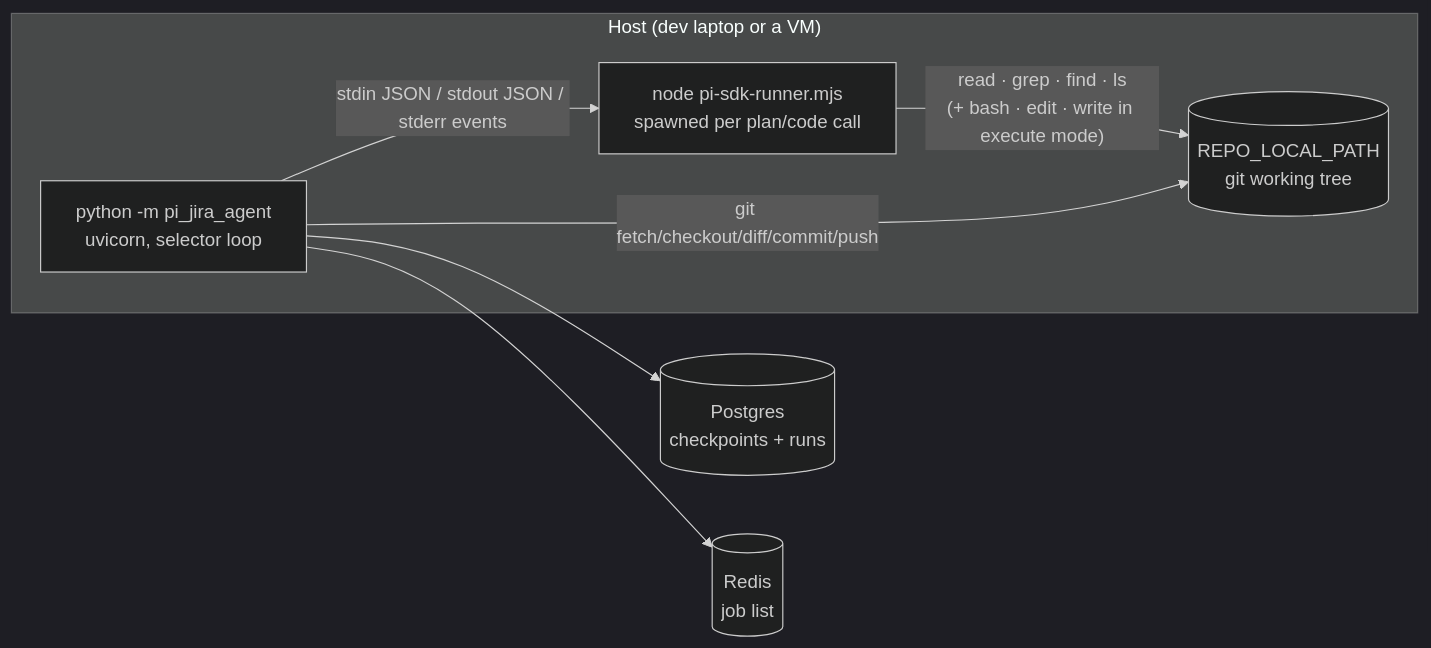
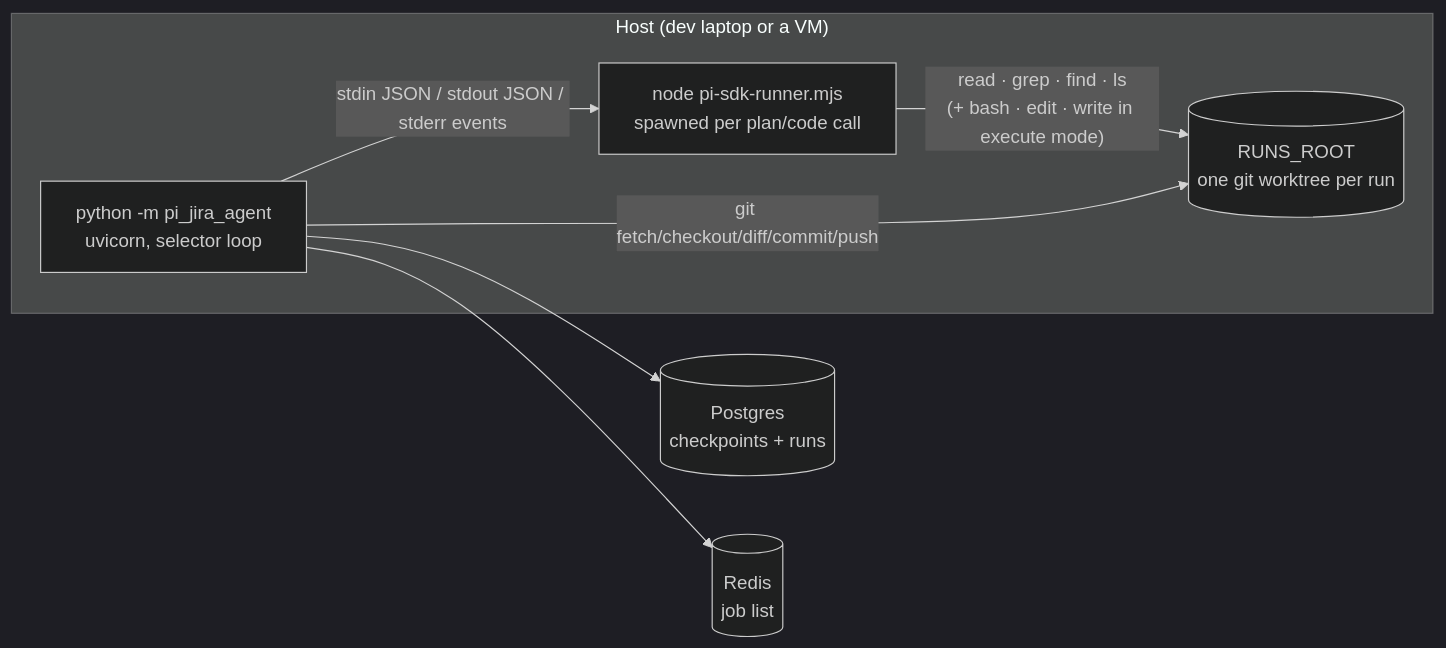
One commit to ashish-technia/pi-coding-agent changed the third of 8 diagrams in docs/docs/architecture/technical-design.md. Above: the diagram before and after it, drawn with Mermaid (dark theme). The commit also changed other lines of this file and 36 other files, not shown here.

First line of the commit message:
R-53: Give each run its own git worktree

````diff
--- a/docs/docs/architecture/technical-design.md
+++ b/docs/docs/architecture/technical-design.md
@@ -111,15 +111,15 @@
 ```mermaid
 flowchart LR
   subgraph host["Host (dev laptop or a VM)"]
     uv["python -m pi_jira_agent<br/>uvicorn, selector loop"]
     node["node pi-sdk-runner.mjs<br/>spawned per plan/code call"]
-    clone[("REPO_LOCAL_PATH<br/>git working tree")]
+    clone[("RUNS_ROOT<br/>one git worktree per run")]
     uv -- "stdin JSON / stdout JSON / stderr events" --> node
     node -- "read · grep · find · ls<br/>(+ bash · edit · write in execute mode)" --> clone
     uv -- "git fetch/checkout/diff/commit/push" --> clone
   end
   pg[("Postgres<br/>checkpoints + runs")]
   redis[("Redis<br/>job list")]
   uv --> pg
   uv --> redis
 ```
````
